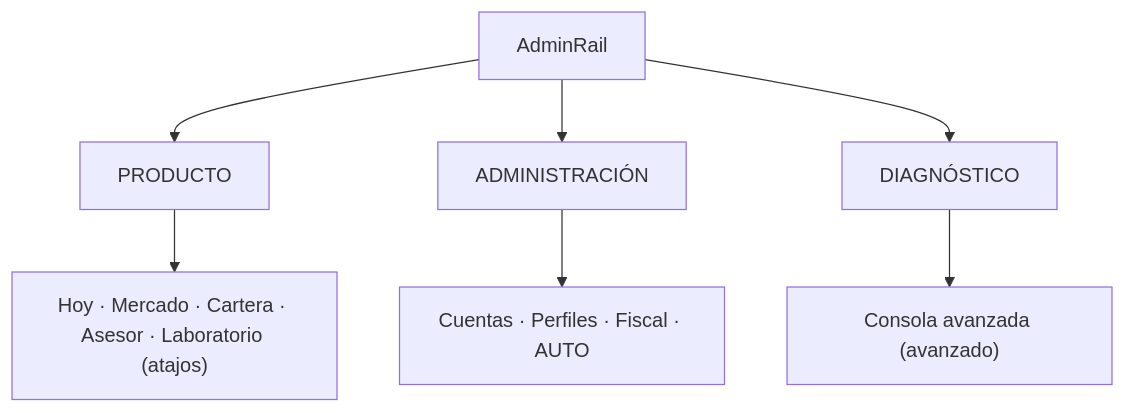
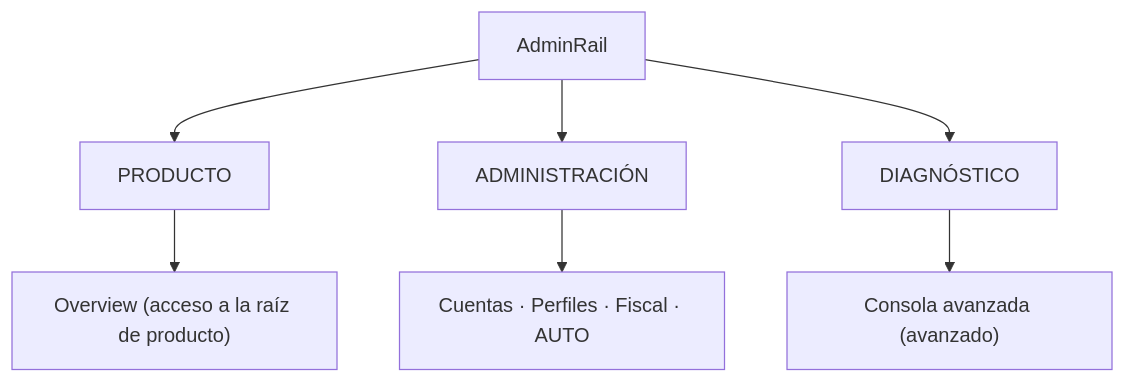
The third of 3 diagrams in docs/engineering/spec-ui-contract-5-0-2026-10-08.md (jvelasca/Bolsa_V1), drawn with Mermaid before and after one commit. The commit also changed other lines of this file and 25 other files, not shown here.

````diff
--- a/docs/engineering/spec-ui-contract-5-0-2026-10-08.md
+++ b/docs/engineering/spec-ui-contract-5-0-2026-10-08.md
@@ -61,9 +61,9 @@
 ```mermaid
 flowchart TD
     Rail["AdminRail"] --> Prod["PRODUCTO"]
     Rail --> Admin["ADMINISTRACIÓN"]
     Rail --> Diag["DIAGNÓSTICO"]
-    Prod --> P1["Hoy · Mercado · Cartera · Asesor · Laboratorio (atajos)"]
+    Prod --> P1["Overview (acceso a la raíz de producto)"]
     Admin --> A1["Cuentas · Perfiles · Fiscal · AUTO"]
     Diag --> D1["Consola avanzada (avanzado)"]
 ```
````
